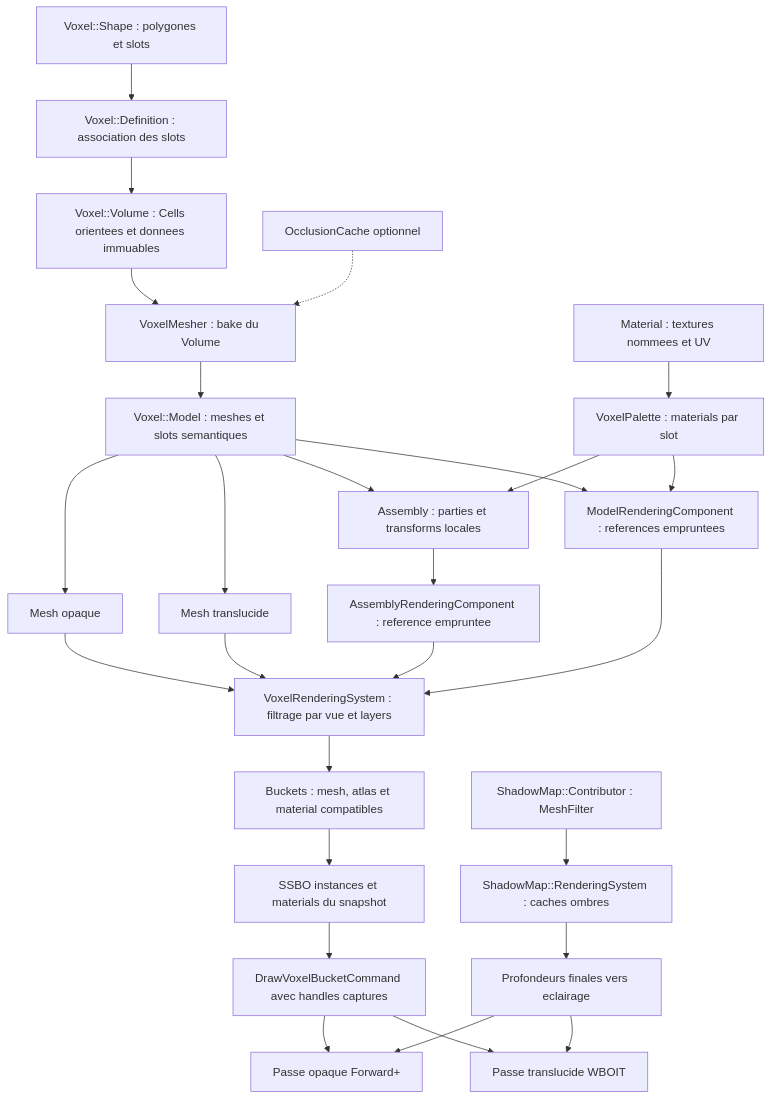
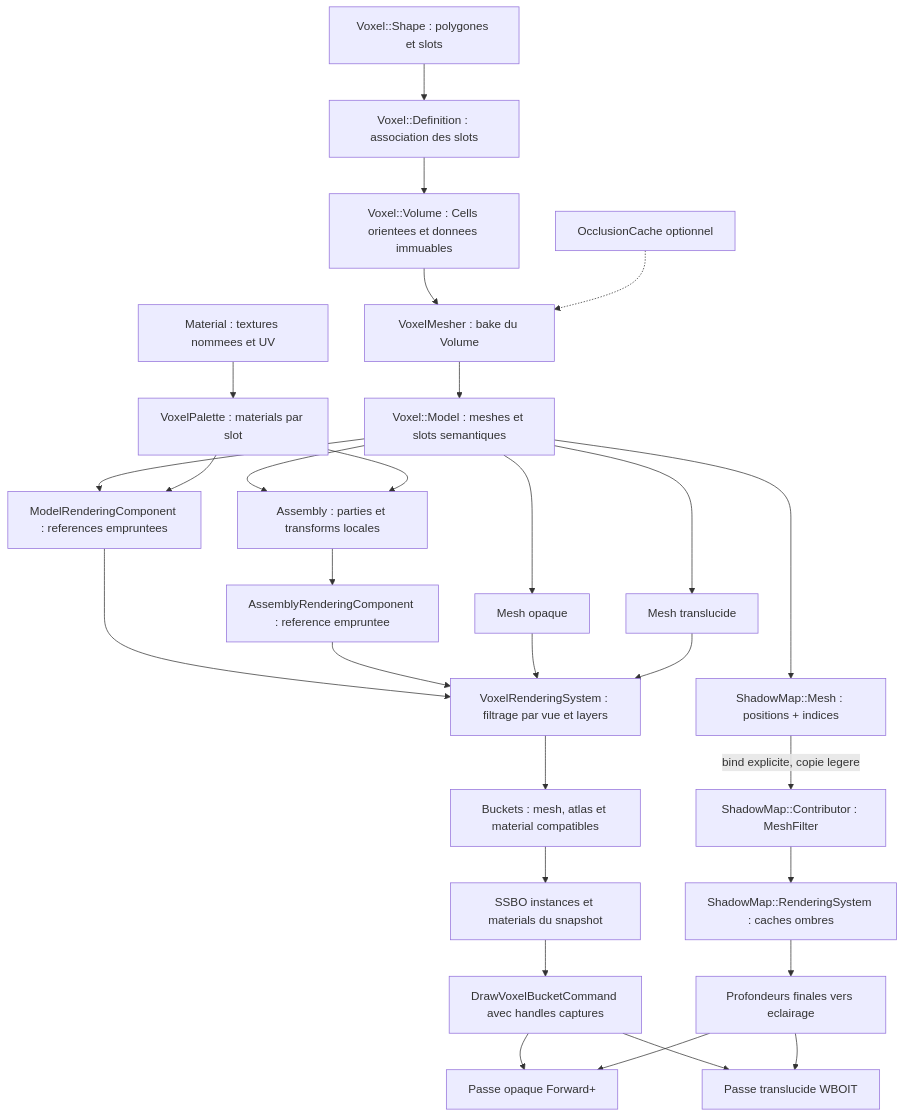
Before and after one commit to EreliaStudio/Sparkle: diagram 20 of 22 in docs/voxel-engine-v0.1.4-specification.md, drawn with Mermaid. The commit also changed other lines of this file, not shown here.

Commit message:
docs(v0.1.4): specify A1 mesh factory, invalidation, tests and diagrams

````diff
--- a/docs/voxel-engine-v0.1.4-specification.md
+++ b/docs/voxel-engine-v0.1.4-specification.md
@@ -1402,29 +1411,31 @@
 ```mermaid
 flowchart TD
     Shape["Voxel::Shape : polygones et slots"] --> Definition["Voxel::Definition : association des slots"]
     Definition --> Volume["Voxel::Volume : Cells orientees et donnees immuables"]
     Volume --> Mesher["VoxelMesher : bake du Volume"]
     Occlusion["OcclusionCache optionnel"] -.-> Mesher
     Mesher --> Model["Voxel::Model : meshes et slots semantiques"]
     Model --> Opaque["Mesh opaque"]
     Model --> Translucent["Mesh translucide"]
+    Model --> ShadowDepth["ShadowMap::Mesh : positions + indices"]
     Material["Material : textures nommees et UV"] --> Palette["VoxelPalette : materials par slot"]
     Model --> Assembly["Assembly : parties et transforms locales"]
     Palette --> Assembly
     Model --> ModelComp["ModelRenderingComponent : references empruntees"]
     Palette --> ModelComp
     Assembly --> AssemblyComp["AssemblyRenderingComponent : reference empruntee"]
     ModelComp --> VR["VoxelRenderingSystem : filtrage par vue et layers"]
     AssemblyComp --> VR
     Opaque --> VR
     Translucent --> VR
     VR --> Buckets["Buckets : mesh, atlas et material compatibles"]
     Buckets --> SSBO["SSBO instances et materials du snapshot"]
     SSBO --> Draw["DrawVoxelBucketCommand avec handles captures"]
     Draw --> Forward["Passe opaque Forward+"]
     Draw --> WBOIT["Passe translucide WBOIT"]
-    Caster["ShadowMap::Contributor : MeshFilter"] --> Shadow["ShadowMap::RenderingSystem : caches ombres"]
+    ShadowDepth -->|"bind explicite, copie legere"| Caster["ShadowMap::Contributor : MeshFilter"]
+    Caster --> Shadow["ShadowMap::RenderingSystem : caches ombres"]
     Shadow --> Light["Profondeurs finales vers eclairage"]
     Light --> Forward
     Light --> WBOIT
 ```
````
